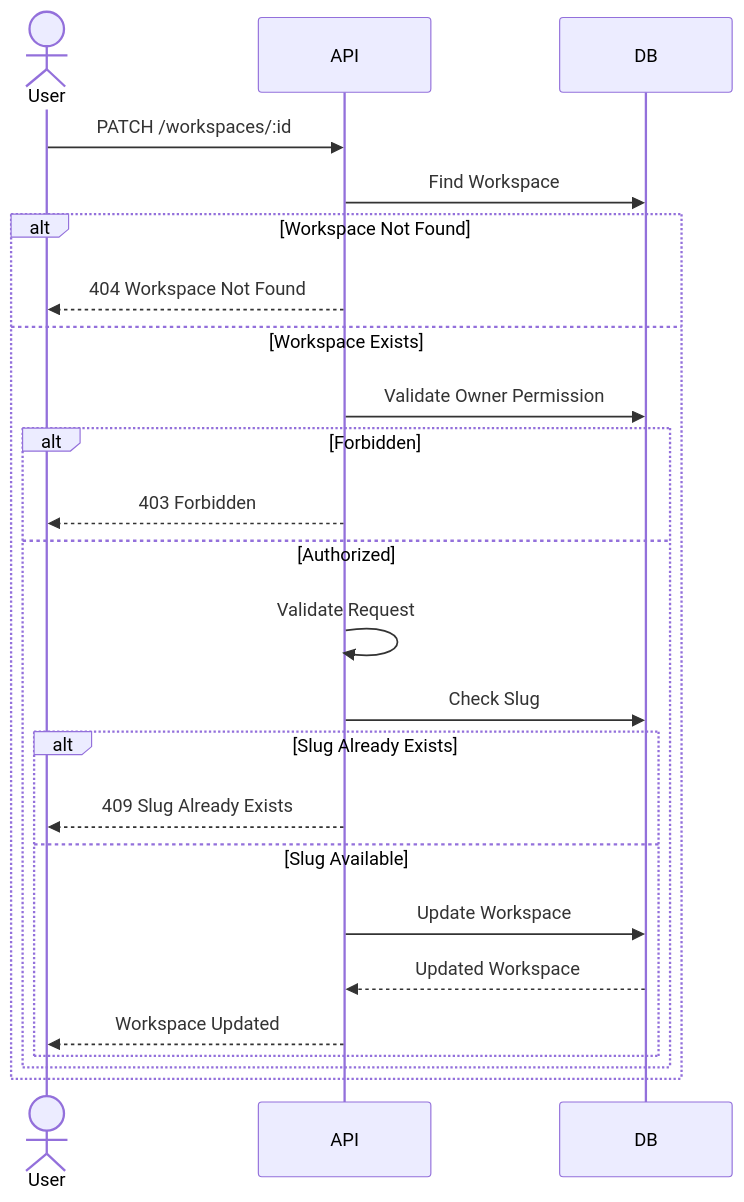
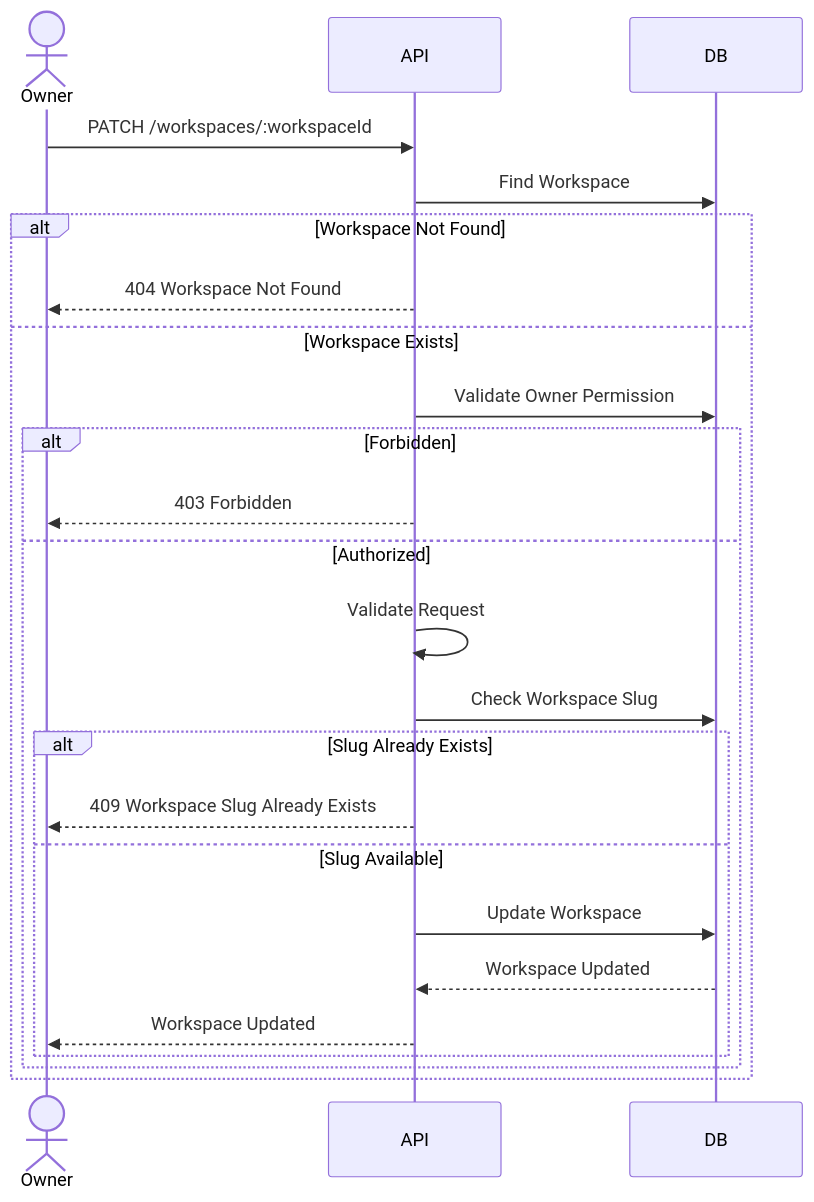
Before and after one commit to datnguyxn/LinkFlow: the fourth of 8 diagrams in docs/architecture/workspace/Workspace-Sequence.md, drawn with Mermaid. The commit also changed other lines of this file and 14 other files, not shown here.

Commit message:
docs(architecture): add workspace module documentation

````diff
--- a/docs/architecture/workspace/Workspace-Sequence.md
+++ b/docs/architecture/workspace/Workspace-Sequence.md
@@ -133,47 +137,47 @@
 ```mermaid
 sequenceDiagram
 
-    actor User
+    actor Owner
     participant API
     participant DB
 
-    User->>API: PATCH /workspaces/:id
+    Owner->>API: PATCH /workspaces/:workspaceId
 
     API->>DB: Find Workspace
 
     alt Workspace Not Found
 
-        API-->>User: 404 Workspace Not Found
+        API-->>Owner: 404 Workspace Not Found
 
     else Workspace Exists
 
         API->>DB: Validate Owner Permission
 
         alt Forbidden
 
-            API-->>User: 403 Forbidden
+            API-->>Owner: 403 Forbidden
 
         else Authorized
 
             API->>API: Validate Request
 
-            API->>DB: Check Slug
+            API->>DB: Check Workspace Slug
 
             alt Slug Already Exists
 
-                API-->>User: 409 Slug Already Exists
+                API-->>Owner: 409 Workspace Slug Already Exists
 
             else Slug Available
 
                 API->>DB: Update Workspace
 
-                DB-->>API: Updated Workspace
+                DB-->>API: Workspace Updated
 
-                API-->>User: Workspace Updated
+                API-->>Owner: Workspace Updated
 
             end
 
         end
 
     end
 ```
````
